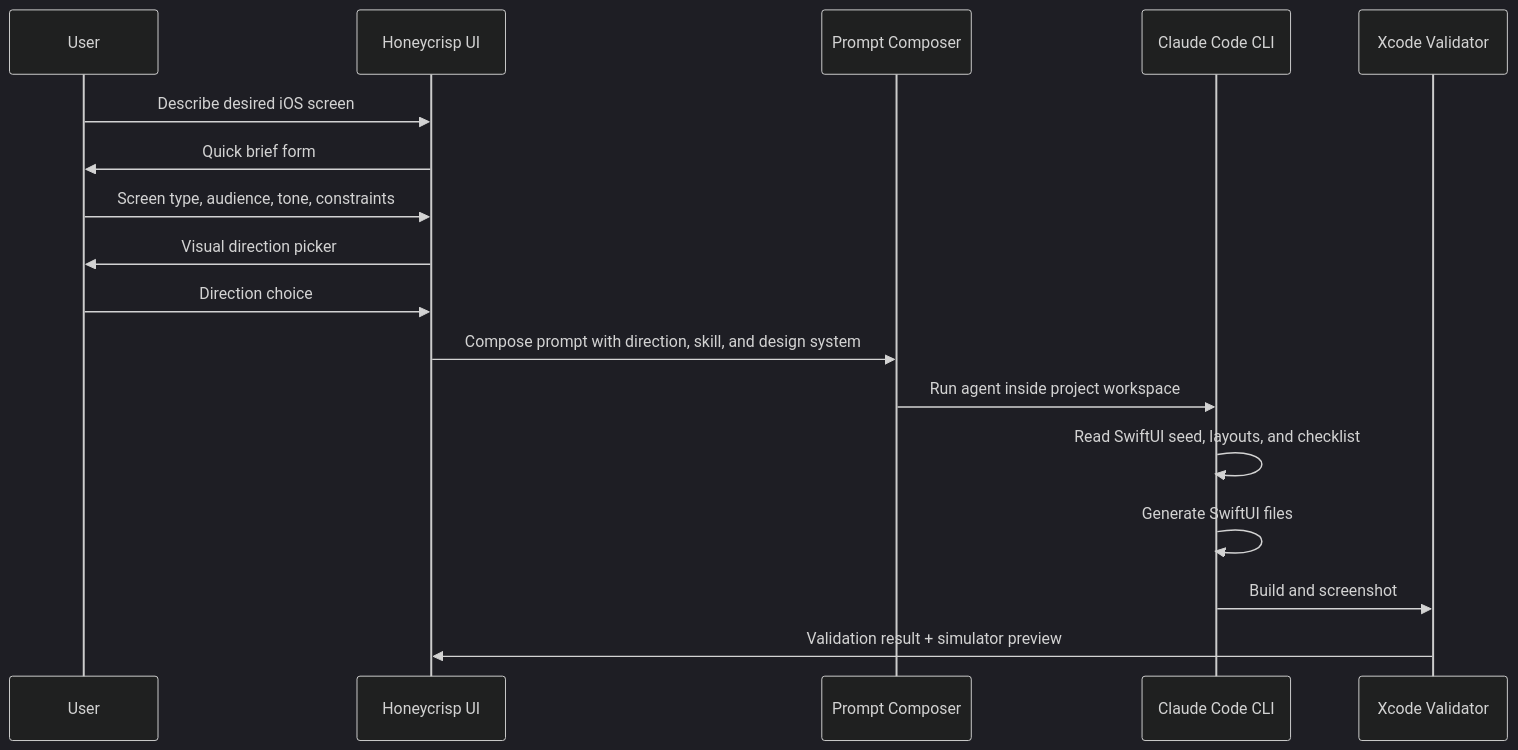
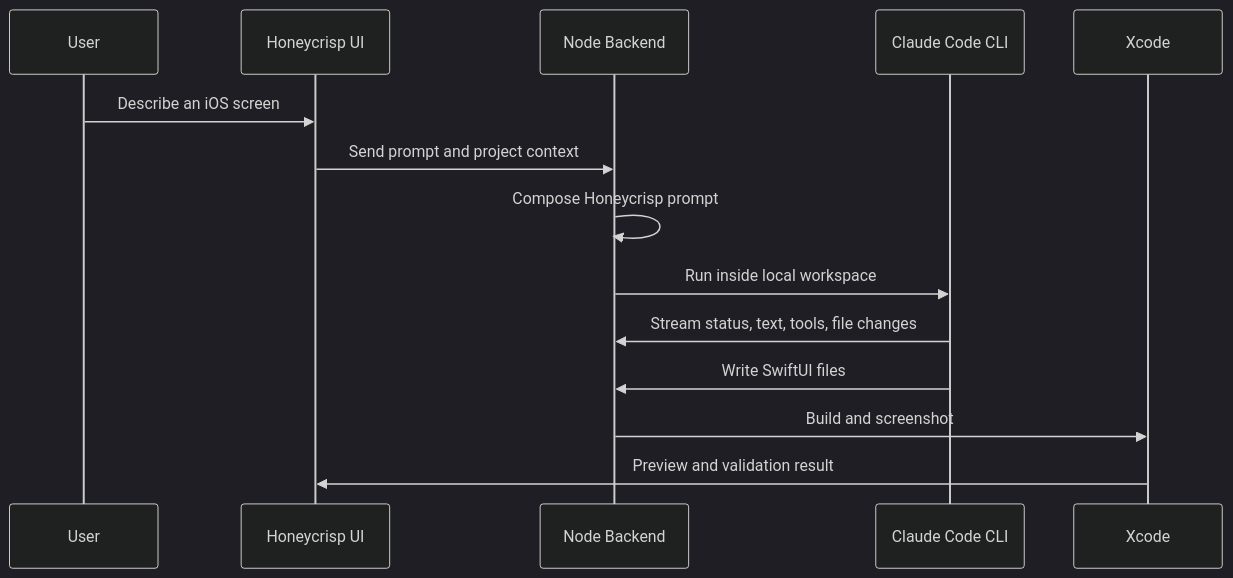
One commit to luketucich/Honeycrisp changed the second of 2 diagrams in docs/architecture.md. Above: the diagram before and after it, drawn with Mermaid (dark theme). The commit also changed other lines of this file, not shown here.

Commit message:
docs: make architecture doc more concise with codex

````diff
--- a/docs/architecture.md
+++ b/docs/architecture.md
@@ -114,20 +109,17 @@
 ```mermaid
 sequenceDiagram
   participant U as User
   participant UI as Honeycrisp UI
-  participant P as Prompt Composer
-  participant A as Claude Code CLI
-  participant X as Xcode Validator
+  participant B as Node Backend
+  participant C as Claude Code CLI
+  participant X as Xcode
 
-  U->>UI: Describe desired iOS screen
-  UI->>U: Quick brief form
-  U->>UI: Screen type, audience, tone, constraints
-  UI->>U: Visual direction picker
-  U->>UI: Direction choice
-  UI->>P: Compose prompt with direction, skill, and design system
-  P->>A: Run agent inside project workspace
-  A->>A: Read SwiftUI seed, layouts, and checklist
-  A->>A: Generate SwiftUI files
-  A->>X: Build and screenshot
-  X->>UI: Validation result + simulator preview
+  U->>UI: Describe an iOS screen
+  UI->>B: Send prompt and project context
+  B->>B: Compose Honeycrisp prompt
+  B->>C: Run inside local workspace
+  C->>B: Stream status, text, tools, file changes
+  C->>B: Write SwiftUI files
+  B->>X: Build and screenshot
+  X->>UI: Preview and validation result
 ```
````
